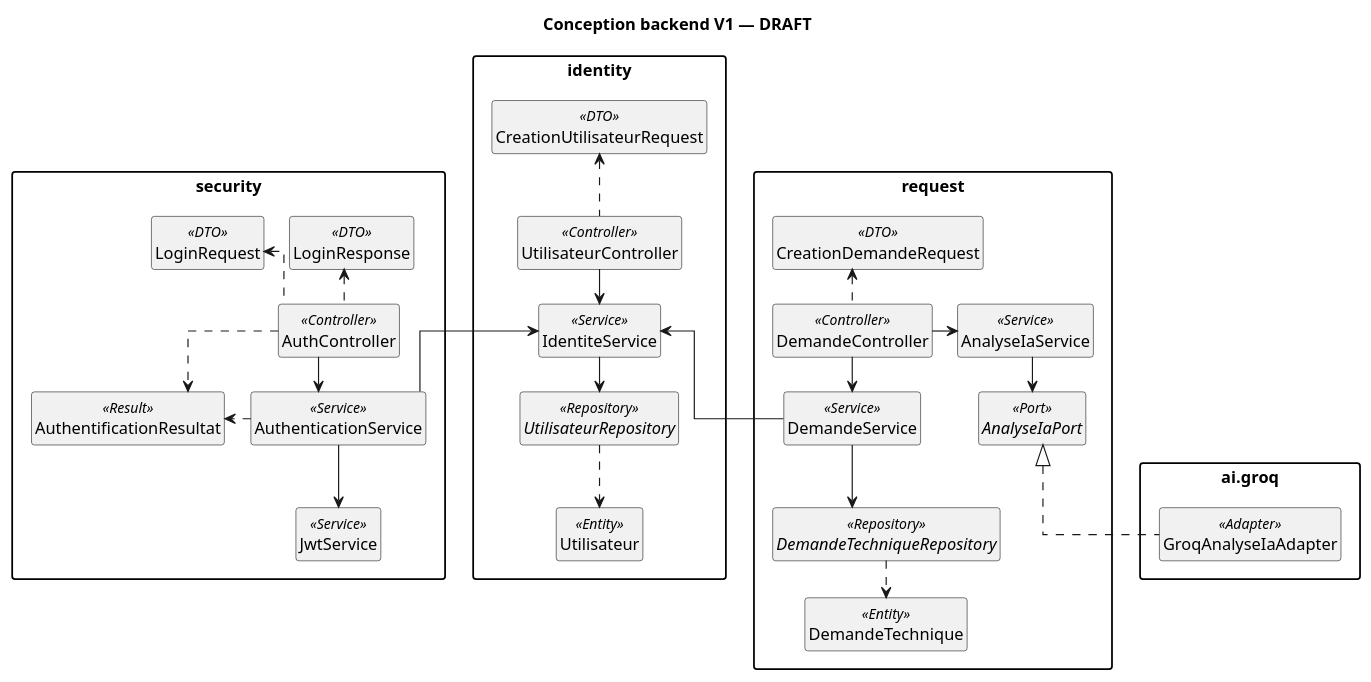
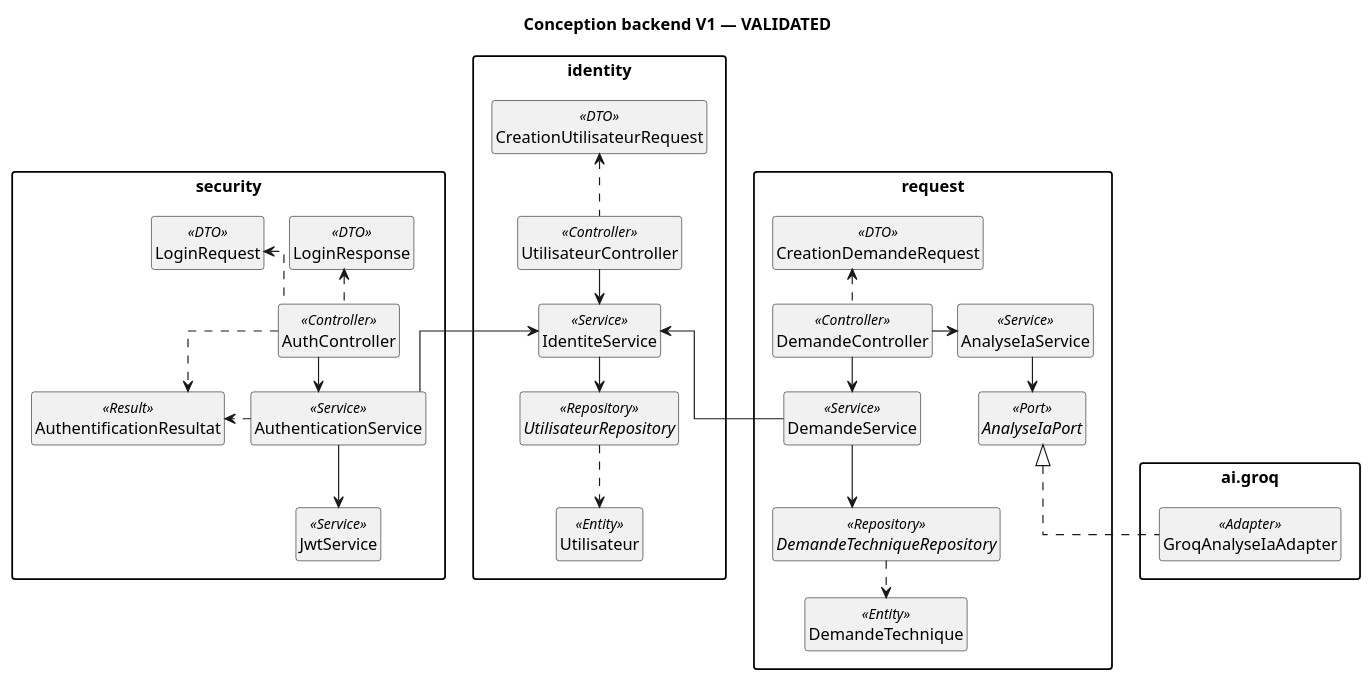
One commit to akrouty/gestion-demandes-techniques changed the diagram in docs/uml/class/backend-design-v1.puml. Above: the diagram before and after it, drawn with PlantUML. The commit also changed 8 other files, not shown here.

```diff
--- a/docs/uml/class/backend-design-v1.puml
+++ b/docs/uml/class/backend-design-v1.puml
@@ -1,66 +1,66 @@
 @startuml
-' Statut : DRAFT
+' Statut : VALIDATED
 ' Vue synthétique des classes réelles de main ; détails omis volontairement.
 ' Les liens hidden sont uniquement des contraintes graphiques.
-title Conception backend V1 — DRAFT
+title Conception backend V1 — VALIDATED
 top to bottom direction
 skinparam monochrome true
 skinparam shadowing false
 skinparam backgroundColor white
 skinparam classAttributeIconSize 0
 skinparam packageStyle rectangle
 skinparam linetype ortho
 skinparam nodesep 22
 skinparam ranksep 30
 hide empty members
 hide circle
 package request as REQUEST_MODULE {
   class CreationDemandeRequest <<DTO>>
   class DemandeController <<Controller>>
   class DemandeService <<Service>>
   interface DemandeTechniqueRepository <<Repository>>
   class DemandeTechnique <<Entity>>
   class AnalyseIaService <<Service>>
   interface AnalyseIaPort <<Port>>
   DemandeController .up.> CreationDemandeRequest
   DemandeController -down-> DemandeService
   DemandeService -down-> DemandeTechniqueRepository
   DemandeTechniqueRepository .down.> DemandeTechnique
   DemandeController -left-> AnalyseIaService
   AnalyseIaService -down-> AnalyseIaPort
 }
 package "ai.groq" as GROQ_MODULE {
   class GroqAnalyseIaAdapter <<Adapter>>
 }
 GroqAnalyseIaAdapter .up.|> AnalyseIaPort
 package identity as IDENTITY_MODULE {
   class CreationUtilisateurRequest <<DTO>>
   class UtilisateurController <<Controller>>
   class IdentiteService <<Service>>
   interface UtilisateurRepository <<Repository>>
   class Utilisateur <<Entity>>
   UtilisateurController .up.> CreationUtilisateurRequest
   UtilisateurController -down-> IdentiteService
   IdentiteService -down-> UtilisateurRepository
   UtilisateurRepository .down.> Utilisateur
 }
 package security as SECURITY_MODULE {
   class LoginRequest <<DTO>>
   class LoginResponse <<DTO>>
   class AuthController <<Controller>>
   class AuthenticationService <<Service>>
   class AuthentificationResultat <<Result>>
   class JwtService <<Service>>
   AuthController .up.> LoginRequest
   AuthController .up.> LoginResponse
   AuthController -down-> AuthenticationService
   AuthController .right.> AuthentificationResultat
   AuthenticationService .right.> AuthentificationResultat
   AuthenticationService -down-> JwtService
 }
 DemandeService -up-> IdentiteService
 AuthenticationService -up-> IdentiteService
 ' Placement uniquement : alignement des entrées et services.
 LoginRequest -[hidden]right- LoginResponse
 DemandeController -[hidden]right-> AuthController
 @enduml
```
